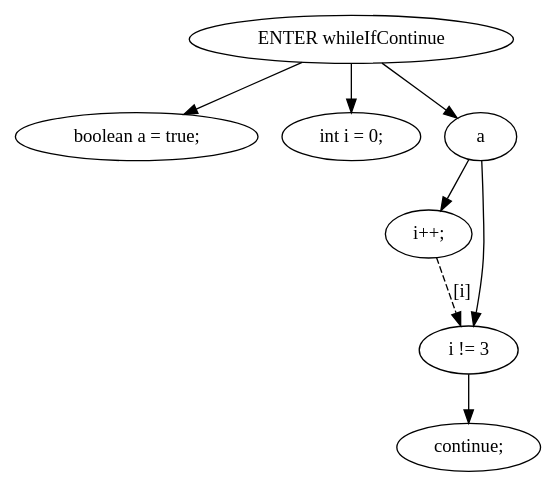
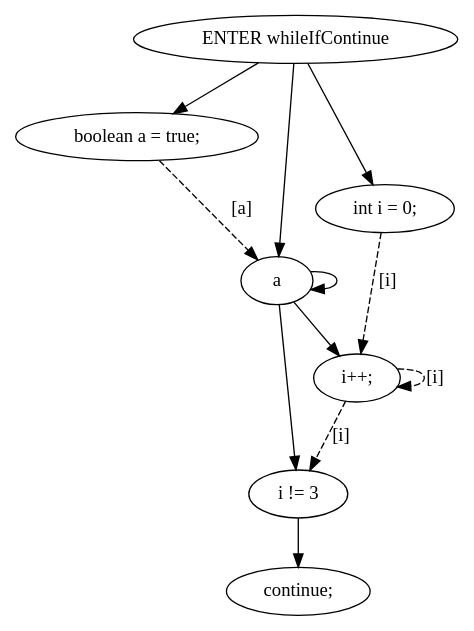
Before and after one commit to Surprise-Jing/Java-oriented-analysis-and-understanding-tools: the diagram in staticSlicer/data/testcases/output/while/WhileIf/pdg/dot/whileIfContinue().dot, drawn with Graphviz. The commit also changed 92 other files, not shown here.

Commit message:
修改依赖图的生成逻辑

```diff
--- a/staticSlicer/data/testcases/output/while/WhileIf/pdg/dot/whileIfContinue().dot
+++ b/staticSlicer/data/testcases/output/while/WhileIf/pdg/dot/whileIfContinue().dot
@@ -1,16 +1,20 @@
 digraph G {
   0 [ label="ENTER whileIfContinue" ];
   2 [ label="boolean a = true;" ];
   3 [ label="int i = 0;" ];
   4 [ label="a" ];
   5 [ label="i++;" ];
   6 [ label="i != 3" ];
   7 [ label="continue;" ];
+  2 -> 4 [ style="dashed" label="[a]" ];
+  3 -> 5 [ style="dashed" label="[i]" ];
+  5 -> 5 [ style="dashed" label="[i]" ];
+  5 -> 6 [ style="dashed" label="[i]" ];
   0 -> 2 [ ];
   0 -> 3 [ ];
   0 -> 4 [ ];
   4 -> 5 [ ];
   4 -> 6 [ ];
+  4 -> 4 [ ];
   6 -> 7 [ ];
-  5 -> 6 [ style="dashed" label="[i]" ];
 }
```
